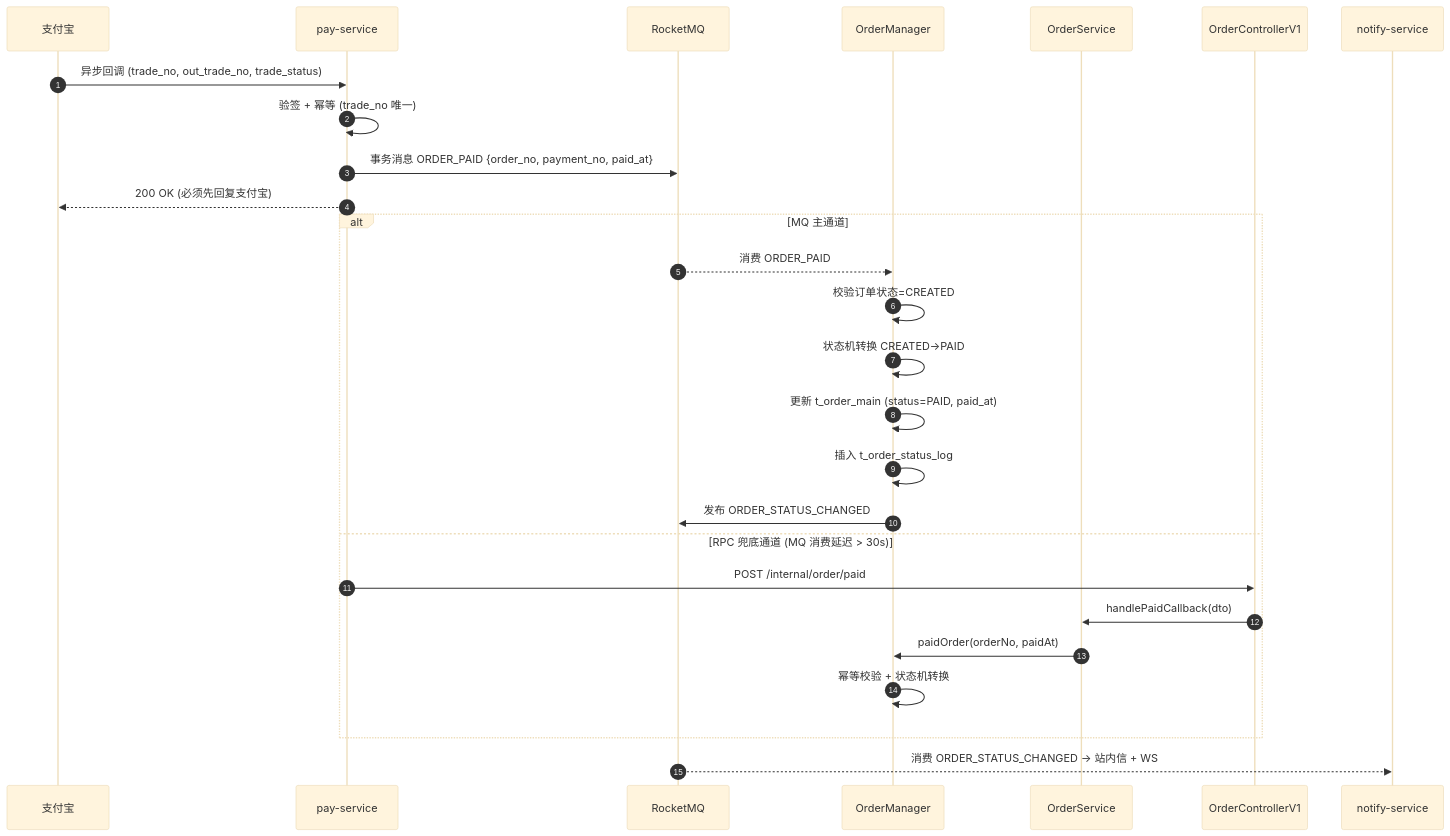
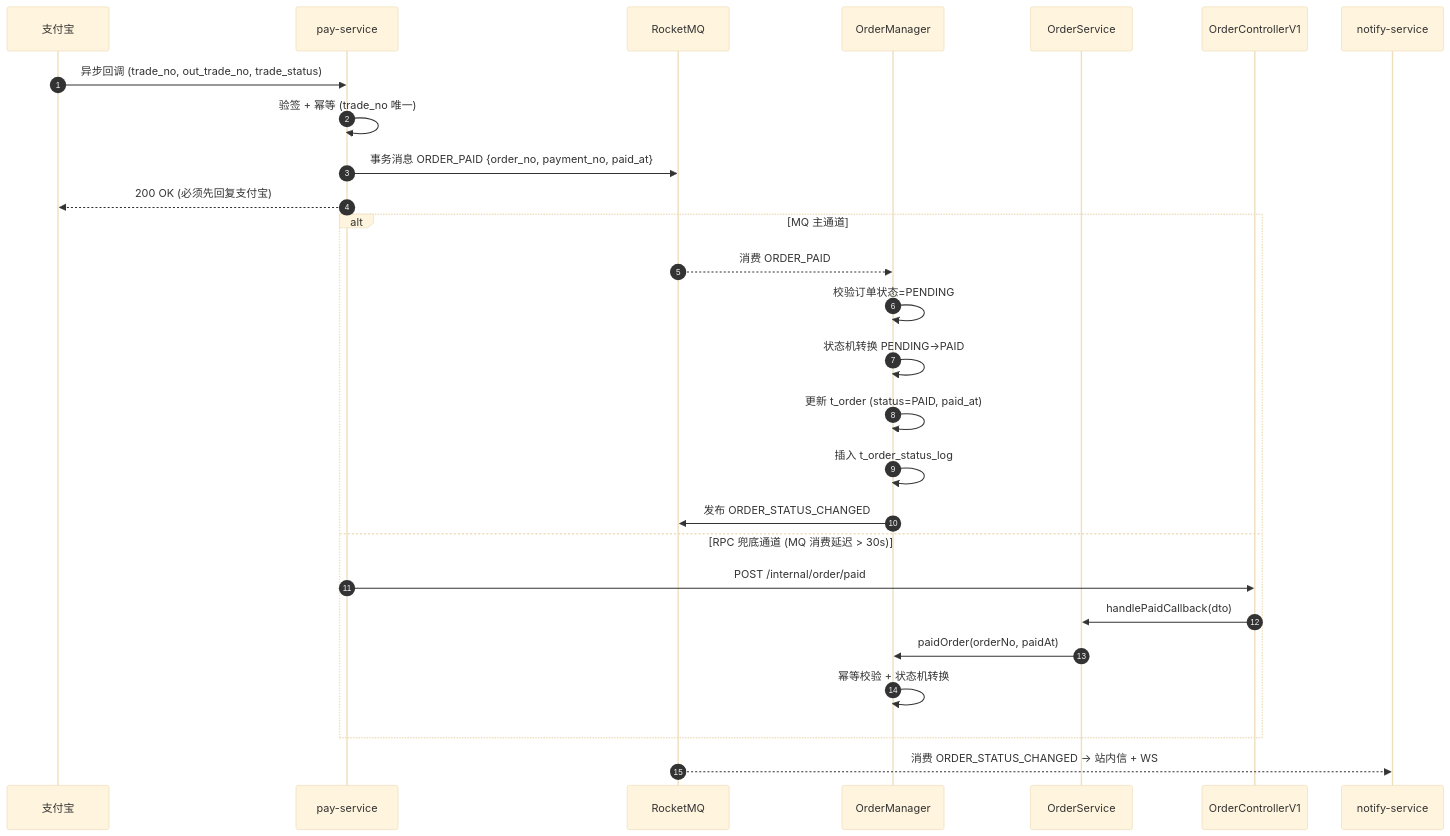
One commit to YiRancrazy/minimail_end_system changed the second of 18 diagrams in .dev/docs/2. 设计阶段/07-模块详细设计.md. Above: the diagram before and after it, drawn with Mermaid (base theme). The commit also changed other lines of this file and 85 other files, not shown here.

````diff
--- a/.dev/docs/2. 设计阶段/07-模块详细设计.md
+++ b/.dev/docs/2. 设计阶段/07-模块详细设计.md
@@ -114,32 +114,32 @@
 ```mermaid
 sequenceDiagram
     autonumber
     participant Ali as 支付宝
     participant PAY as pay-service
     participant MQ as RocketMQ
     participant OM as OrderManager
     participant OS as OrderService
     participant OC as OrderControllerV1
     participant NTF as notify-service
 
     Ali->>PAY: 异步回调 (trade_no, out_trade_no, trade_status)
     PAY->>PAY: 验签 + 幂等 (trade_no 唯一)
     PAY->>MQ: 事务消息 ORDER_PAID {order_no, payment_no, paid_at}
     PAY-->>Ali: 200 OK (必须先回复支付宝)
 
     alt MQ 主通道
         MQ-->>OM: 消费 ORDER_PAID
-        OM->>OM: 校验订单状态=CREATED
-        OM->>OM: 状态机转换 CREATED→PAID
-        OM->>OM: 更新 t_order_main (status=PAID, paid_at)
+        OM->>OM: 校验订单状态=PENDING
+        OM->>OM: 状态机转换 PENDING→PAID
+        OM->>OM: 更新 t_order (status=PAID, paid_at)
         OM->>OM: 插入 t_order_status_log
         OM->>MQ: 发布 ORDER_STATUS_CHANGED
     else RPC 兜底通道 (MQ 消费延迟 > 30s)
         PAY->>OC: POST /internal/order/paid
         OC->>OS: handlePaidCallback(dto)
         OS->>OM: paidOrder(orderNo, paidAt)
         OM->>OM: 幂等校验 + 状态机转换
     end
 
     MQ-->>NTF: 消费 ORDER_STATUS_CHANGED → 站内信 + WS
 ```
````
